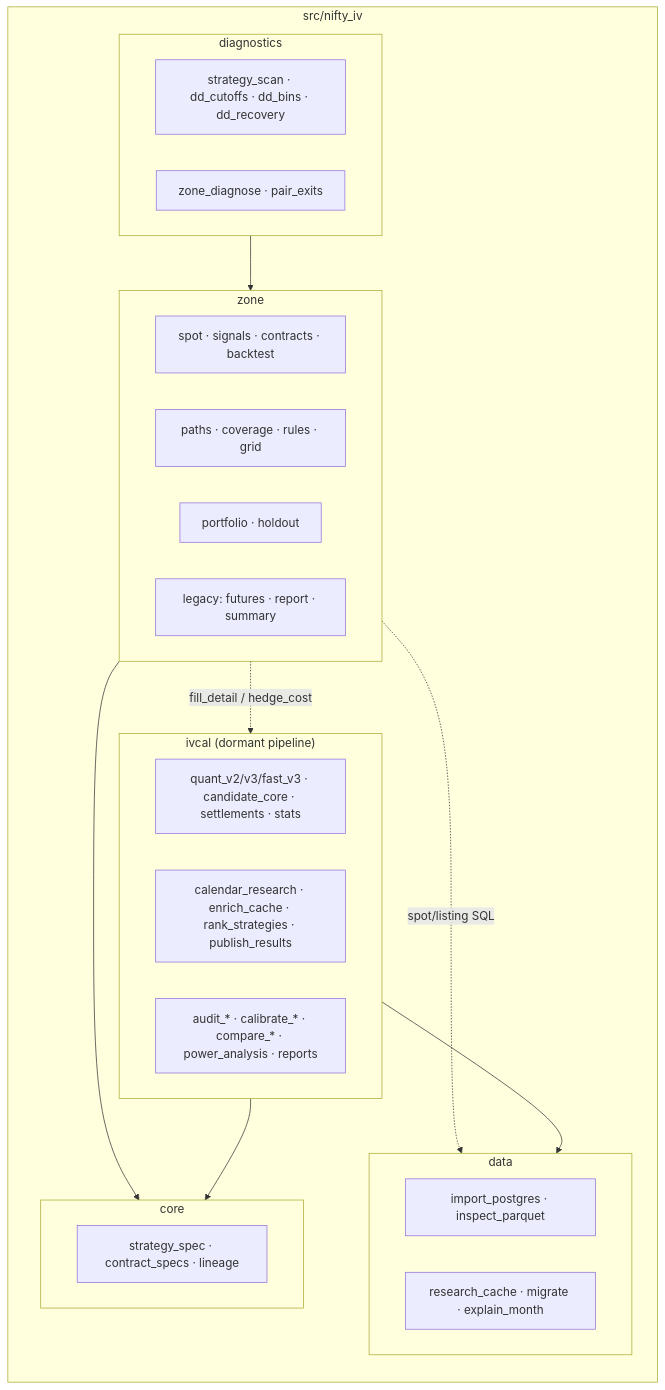
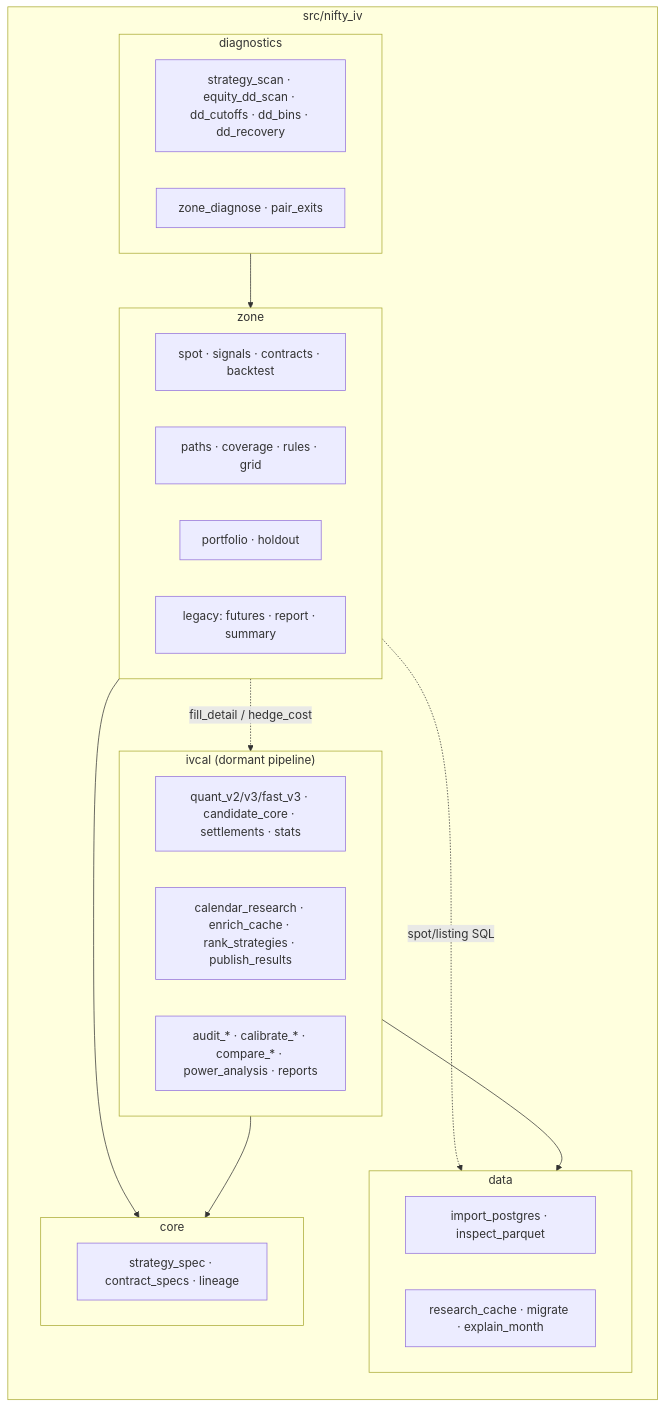
One commit to UBags/NIFTY_IV_RESEARCH changed diagram 13 of 14 in README.md. Above: the diagram before and after it, drawn with Mermaid. The commit also changed other lines of this file and 6 other files, not shown here.

First line of the commit message:
Add nifty-diag-equity-dd-scan: best single green / red strategy per equity-drawdown cap (V4.9.12)

````diff
--- a/README.md
+++ b/README.md
@@ -480,34 +482,34 @@
 ```mermaid
 flowchart LR
     subgraph PKG["src/nifty_iv"]
         direction TB
         subgraph CORE["core"]
             c1[strategy_spec · contract_specs · lineage]
         end
         subgraph DATA["data"]
             d1[import_postgres · inspect_parquet]
             d2[research_cache · migrate · explain_month]
         end
         subgraph ZONE["zone"]
             z1[spot · signals · contracts · backtest]
             z2[paths · coverage · rules · grid]
             z3[portfolio · holdout]
             z4[legacy: futures · report · summary]
         end
         subgraph DIAG["diagnostics"]
-            g1[strategy_scan · dd_cutoffs · dd_bins · dd_recovery]
+            g1[strategy_scan · equity_dd_scan · dd_cutoffs · dd_bins · dd_recovery]
             g2[zone_diagnose · pair_exits]
         end
         subgraph IV["ivcal (dormant pipeline)"]
             i1[quant_v2/v3/fast_v3 · candidate_core · settlements · stats]
             i2[calendar_research · enrich_cache · rank_strategies · publish_results]
             i3[audit_* · calibrate_* · compare_* · power_analysis · reports]
         end
     end
     ZONE --> CORE
     ZONE -. spot/listing SQL .-> DATA
     ZONE -. fill_detail / hedge_cost .-> IV
     DIAG --> ZONE
     IV --> CORE
     IV --> DATA
 ```
````
